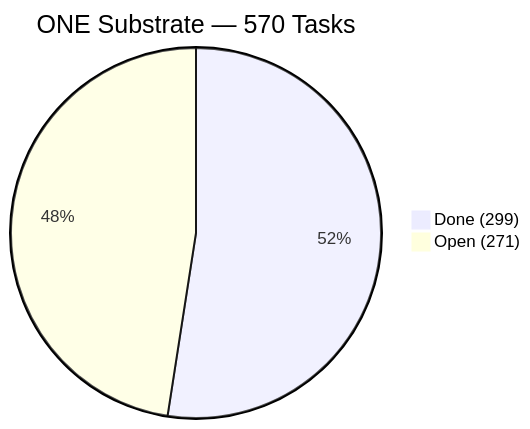
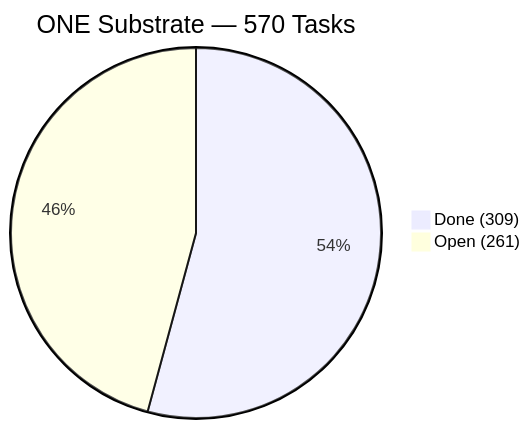
One commit to tonyoconnell/agent-ui changed the first of 4 diagrams in docs/TODO.md. Above: the diagram before and after it, drawn with Mermaid. The commit also changed other lines of this file and 7 other files, not shown here.

````diff
--- a/docs/TODO.md
+++ b/docs/TODO.md
@@ -6,5 +6,5 @@
 ```mermaid
 pie title ONE Substrate — 570 Tasks
-    "Done (299)" : 299
-    "Open (271)" : 271
+    "Done (309)" : 309
+    "Open (261)" : 261
 ```
````
